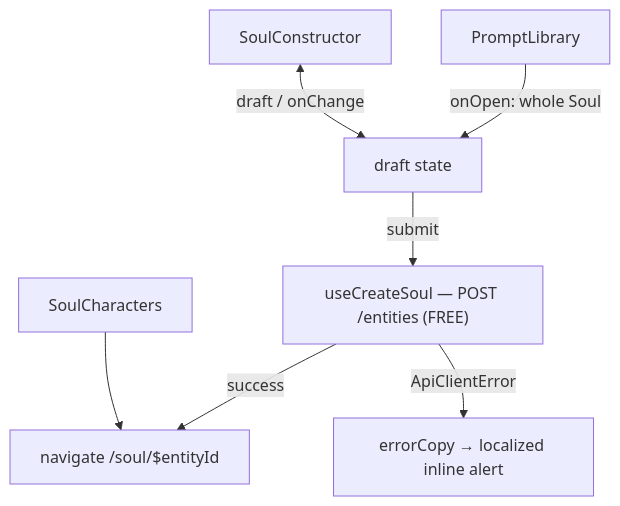
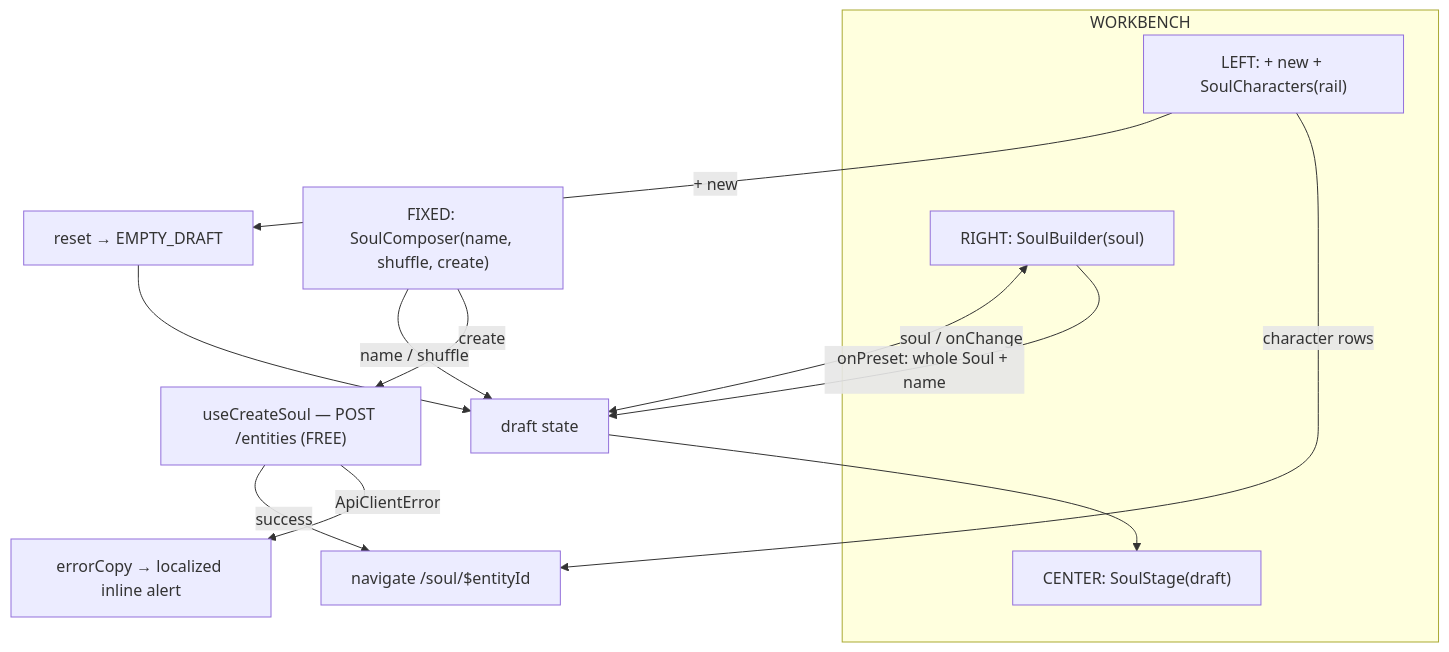
The diagram in apps/web/src/modules/Soul/components/SoulStudio.tsx.md (AzamatRaimbekov2/openCreate), drawn with Mermaid before and after one commit. The commit also changed other lines of this file and 359 other files, not shown here.

````diff
--- a/apps/web/src/modules/Soul/components/SoulStudio.tsx.md
+++ b/apps/web/src/modules/Soul/components/SoulStudio.tsx.md
@@ -30,9 +35,18 @@
 ```mermaid
 flowchart TD
-  LIB[PromptLibrary] -->|onOpen: whole Soul| D[draft state]
-  CON[SoulConstructor] <-->|draft / onChange| D
-  D -->|submit| M["useCreateSoul — POST /entities (FREE)"]
+  subgraph WORKBENCH
+    RAIL["LEFT: + new + SoulCharacters(rail)"]
+    STAGE["CENTER: SoulStage(draft)"]
+    BUILDER["RIGHT: SoulBuilder(soul)"]
+  end
+  DOCK["FIXED: SoulComposer(name, shuffle, create)"]
+  BUILDER <-->|soul / onChange| D[draft state]
+  BUILDER -->|onPreset: whole Soul + name| D
+  DOCK -->|name / shuffle| D
+  D --> STAGE
+  RAIL -->|+ new| RESET[reset → EMPTY_DRAFT] --> D
+  DOCK -->|create| M["useCreateSoul — POST /entities (FREE)"]
   M -->|success| NAV["navigate /soul/$entityId"]
   M -->|ApiClientError| E[errorCopy → localized inline alert]
-  CH[SoulCharacters] --> NAV
+  RAIL -->|character rows| NAV
 ```
````
